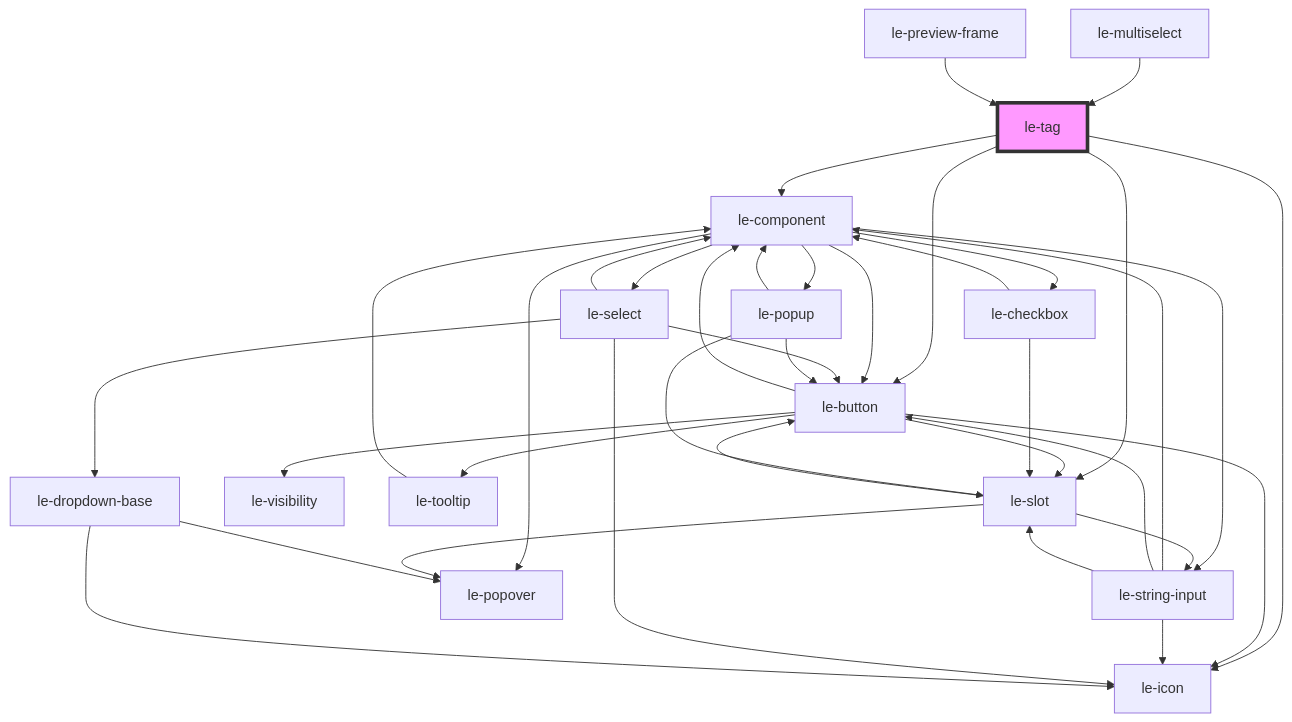
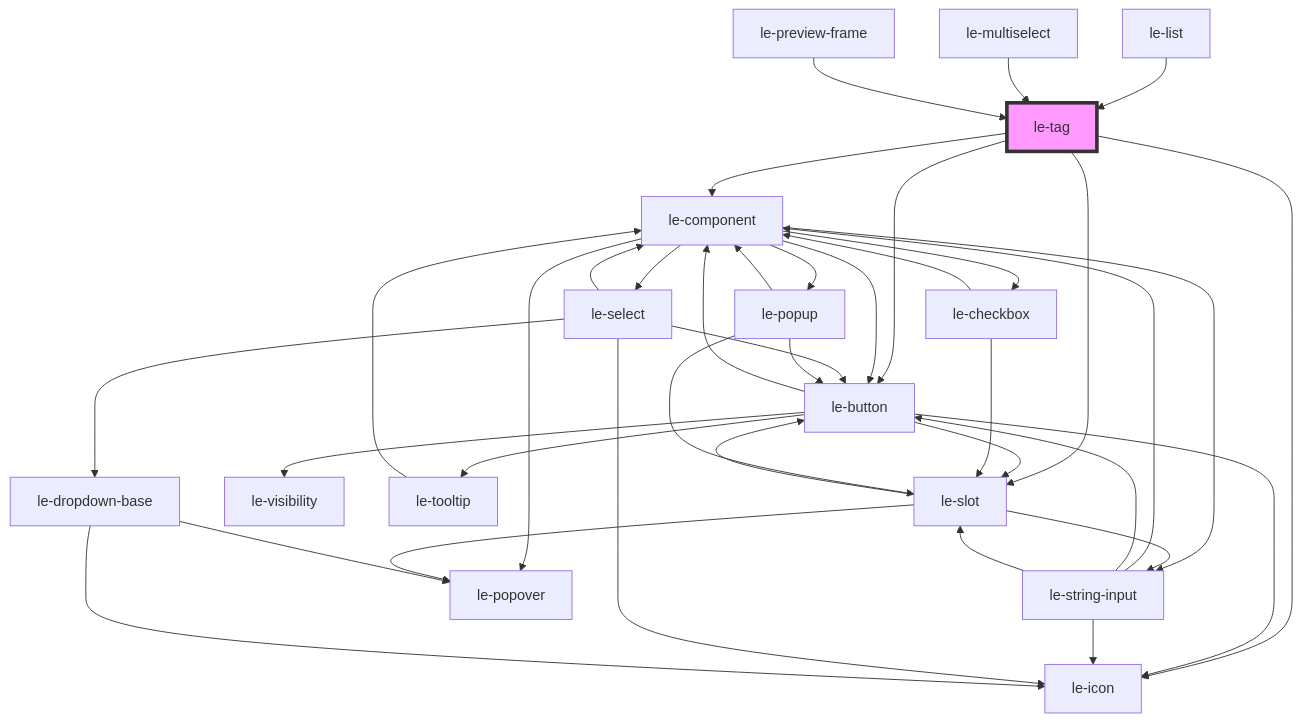
One commit to leechy/le-kit changed the diagram in packages/core/src/components/le-tag/readme.md. Above: the diagram before and after it, drawn with Mermaid. The commit also changed other lines of this file and 10 other files, not shown here.

````diff
--- a/packages/core/src/components/le-tag/readme.md
+++ b/packages/core/src/components/le-tag/readme.md
@@ -54,40 +55,41 @@
 ```mermaid
 graph TD;
   le-tag --> le-component
   le-tag --> le-slot
   le-tag --> le-button
   le-tag --> le-icon
   le-component --> le-button
   le-component --> le-select
   le-component --> le-checkbox
   le-component --> le-string-input
   le-component --> le-popover
   le-component --> le-popup
   le-button --> le-icon
   le-button --> le-visibility
   le-button --> le-slot
   le-button --> le-component
   le-button --> le-tooltip
   le-slot --> le-popover
   le-slot --> le-button
   le-slot --> le-string-input
   le-string-input --> le-component
   le-string-input --> le-button
   le-string-input --> le-icon
   le-string-input --> le-slot
   le-tooltip --> le-component
   le-select --> le-icon
   le-select --> le-component
   le-select --> le-dropdown-base
   le-select --> le-button
   le-dropdown-base --> le-icon
   le-dropdown-base --> le-popover
   le-checkbox --> le-component
   le-checkbox --> le-slot
   le-popup --> le-slot
   le-popup --> le-button
   le-popup --> le-component
+  le-list --> le-tag
   le-multiselect --> le-tag
   le-preview-frame --> le-tag
   style le-tag fill:#f9f,stroke:#333,stroke-width:4px
 ```
````
